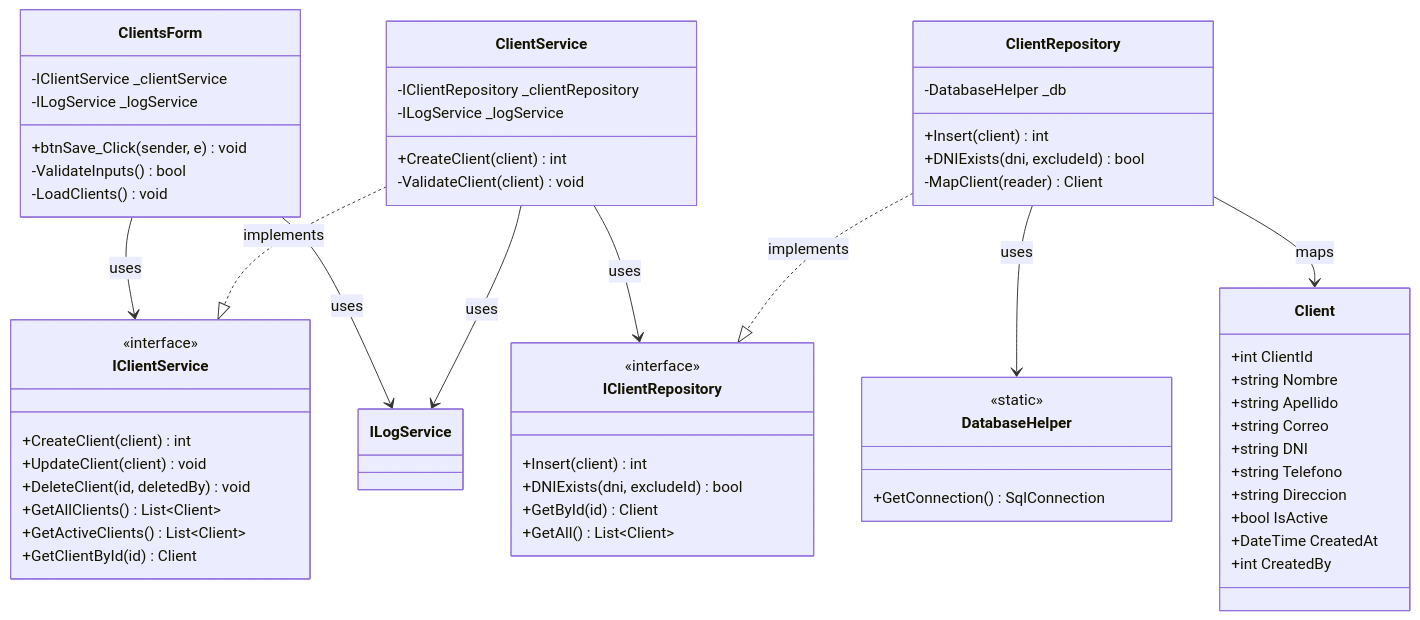
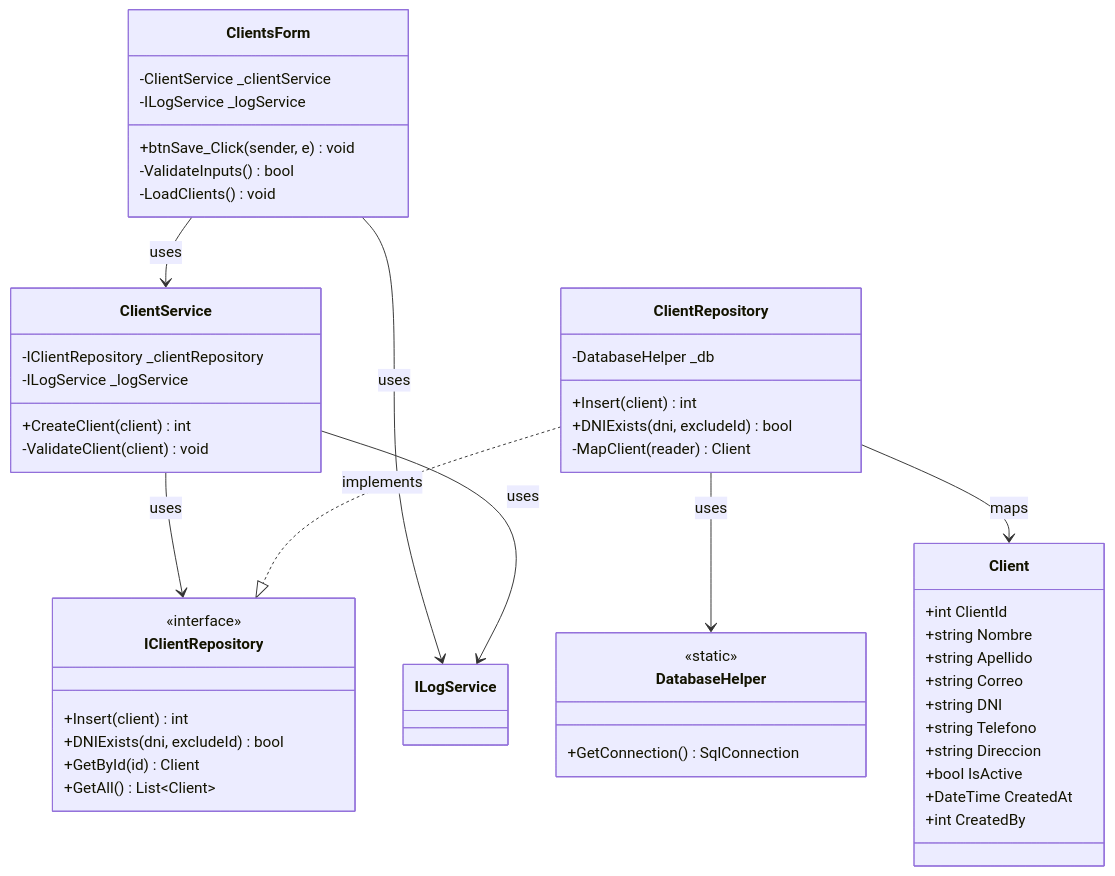
Before and after one commit to nahuk86/tp_diploma_nk_2026: the first of 12 diagrams in Documentation/UML_Diagrams/17_Clients_UseCases.md, drawn with Mermaid. The commit also changed other lines of this file and 5 other files, not shown here.

First line of the commit message:
Fix UML documentation: remove non-existent BLL service interfaces

````diff
--- a/Documentation/UML_Diagrams/17_Clients_UseCases.md
+++ b/Documentation/UML_Diagrams/17_Clients_UseCases.md
@@ -11,69 +11,59 @@
 ```mermaid
 classDiagram
     class ClientsForm {
-        -IClientService _clientService
+        -ClientService _clientService
         -ILogService _logService
         +btnSave_Click(sender, e) void
         -ValidateInputs() bool
         -LoadClients() void
     }
 
-    class IClientService {
-        <<interface>>
-        +CreateClient(client) int
-        +UpdateClient(client) void
-        +DeleteClient(id, deletedBy) void
-        +GetAllClients() List~Client~
-        +GetActiveClients() List~Client~
-        +GetClientById(id) Client
-    }
 
     class ClientService {
         -IClientRepository _clientRepository
         -ILogService _logService
         +CreateClient(client) int
         -ValidateClient(client) void
     }
 
     class IClientRepository {
         <<interface>>
         +Insert(client) int
         +DNIExists(dni, excludeId) bool
         +GetById(id) Client
         +GetAll() List~Client~
     }
 
     class ClientRepository {
         -DatabaseHelper _db
         +Insert(client) int
         +DNIExists(dni, excludeId) bool
         -MapClient(reader) Client
     }
 
     class DatabaseHelper {
         <<static>>
         +GetConnection() SqlConnection
     }
 
     class Client {
         +int ClientId
         +string Nombre
         +string Apellido
         +string Correo
         +string DNI
         +string Telefono
         +string Direccion
         +bool IsActive
         +DateTime CreatedAt
         +int CreatedBy
     }
 
-    ClientsForm --> IClientService : uses
+    ClientsForm --> ClientService : uses
     ClientsForm --> ILogService : uses
-    ClientService ..|> IClientService : implements
     ClientService --> IClientRepository : uses
     ClientService --> ILogService : uses
     ClientRepository ..|> IClientRepository : implements
     ClientRepository --> DatabaseHelper : uses
     ClientRepository --> Client : maps
 ```
````
